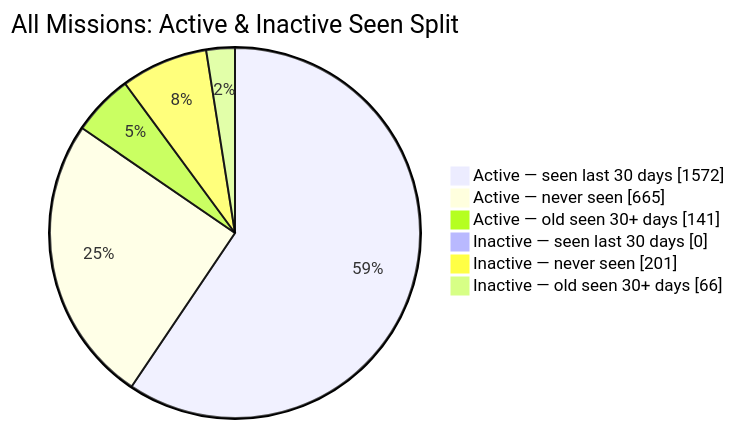
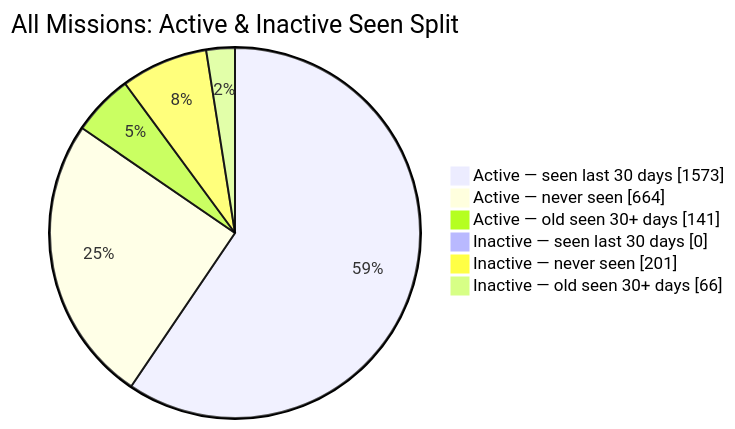
One commit to MeldkamerspelGameTeam/active-missions changed the second of 2 diagrams in README.md. Above: the diagram before and after it, drawn with Mermaid. The commit also changed other lines of this file and 2 other files, not shown here.

````diff
--- a/README.md
+++ b/README.md
@@ -44,10 +44,10 @@
 ```mermaid
 pie showData
     title All Missions: Active & Inactive Seen Split
-    "Active — seen last 30 days" : 1572
-    "Active — never seen" : 665
+    "Active — seen last 30 days" : 1573
+    "Active — never seen" : 664
     "Active — old seen 30+ days" : 141
     "Inactive — seen last 30 days" : 0
     "Inactive — never seen" : 201
     "Inactive — old seen 30+ days" : 66
 ```
````
